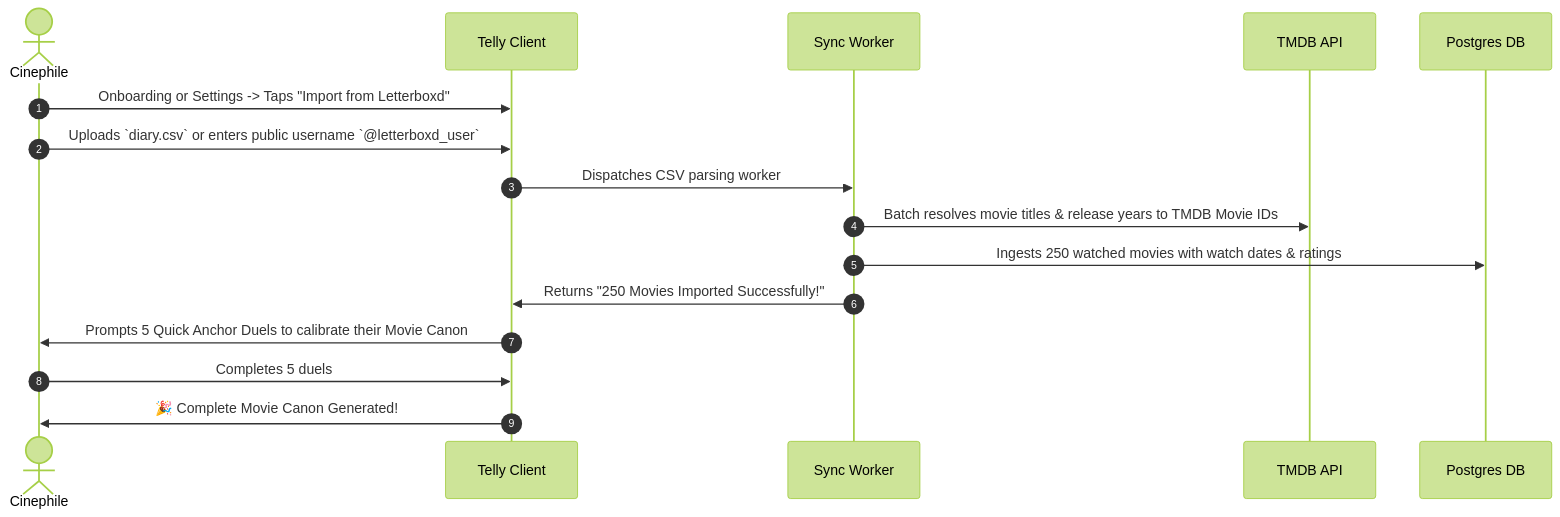
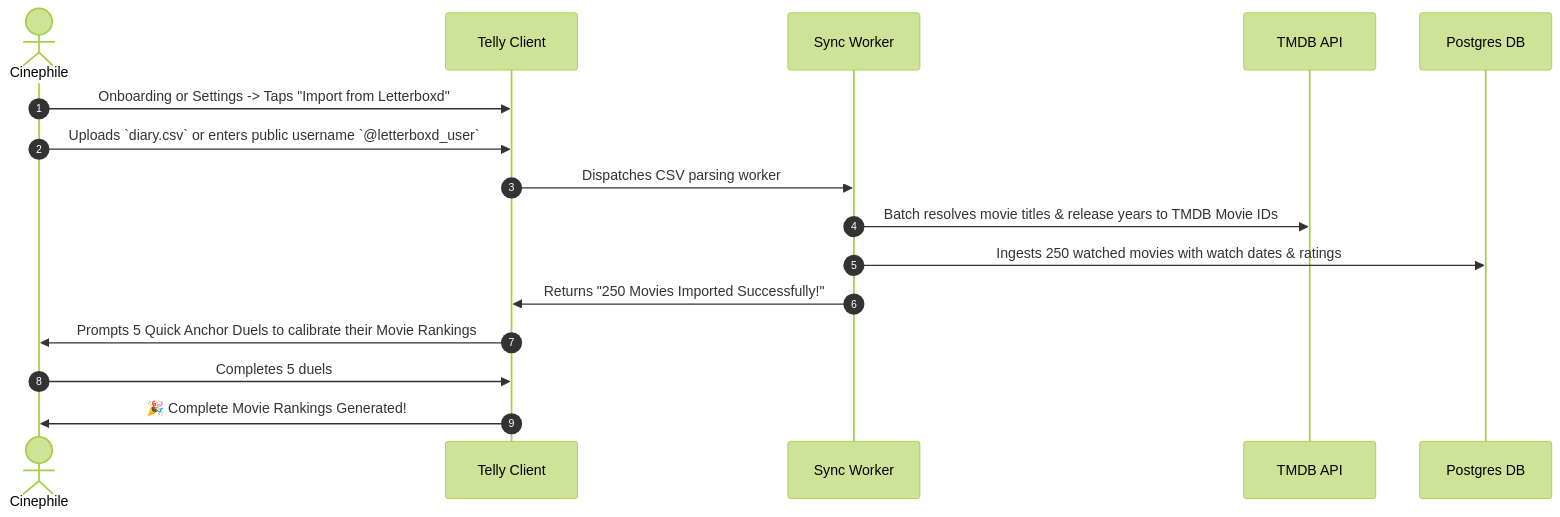
The diagram in docs/features/09_MOVIE_INTEGRATION_AND_DUAL_CANON.md (kandraos3/Telly), drawn with Mermaid (forest theme) before and after one commit. The commit also changed other lines of this file and 104 other files, not shown here.

First line of the commit message:
chore(copy): rename Canon to Rankings in user-facing text (#253)

````diff
--- a/docs/features/09_MOVIE_INTEGRATION_AND_DUAL_CANON.md
+++ b/docs/features/09_MOVIE_INTEGRATION_AND_DUAL_CANON.md
@@ -95,19 +95,19 @@
 ```mermaid
 sequenceDiagram
     autonumber
     actor User as Cinephile
     participant App as Telly Client
     participant Worker as Sync Worker
     participant TMDB as TMDB API
     participant DB as Postgres DB
 
     User->>App: Onboarding or Settings -> Taps "Import from Letterboxd"
     User->>App: Uploads `diary.csv` or enters public username `@letterboxd_user`
     App->>Worker: Dispatches CSV parsing worker
     Worker->>TMDB: Batch resolves movie titles & release years to TMDB Movie IDs
     Worker->>DB: Ingests 250 watched movies with watch dates & ratings
     Worker->>App: Returns "250 Movies Imported Successfully!"
-    App->>User: Prompts 5 Quick Anchor Duels to calibrate their Movie Canon
+    App->>User: Prompts 5 Quick Anchor Duels to calibrate their Movie Rankings
     User->>App: Completes 5 duels
-    App->>User: 🎉 Complete Movie Canon Generated!
+    App->>User: 🎉 Complete Movie Rankings Generated!
 ```
````
